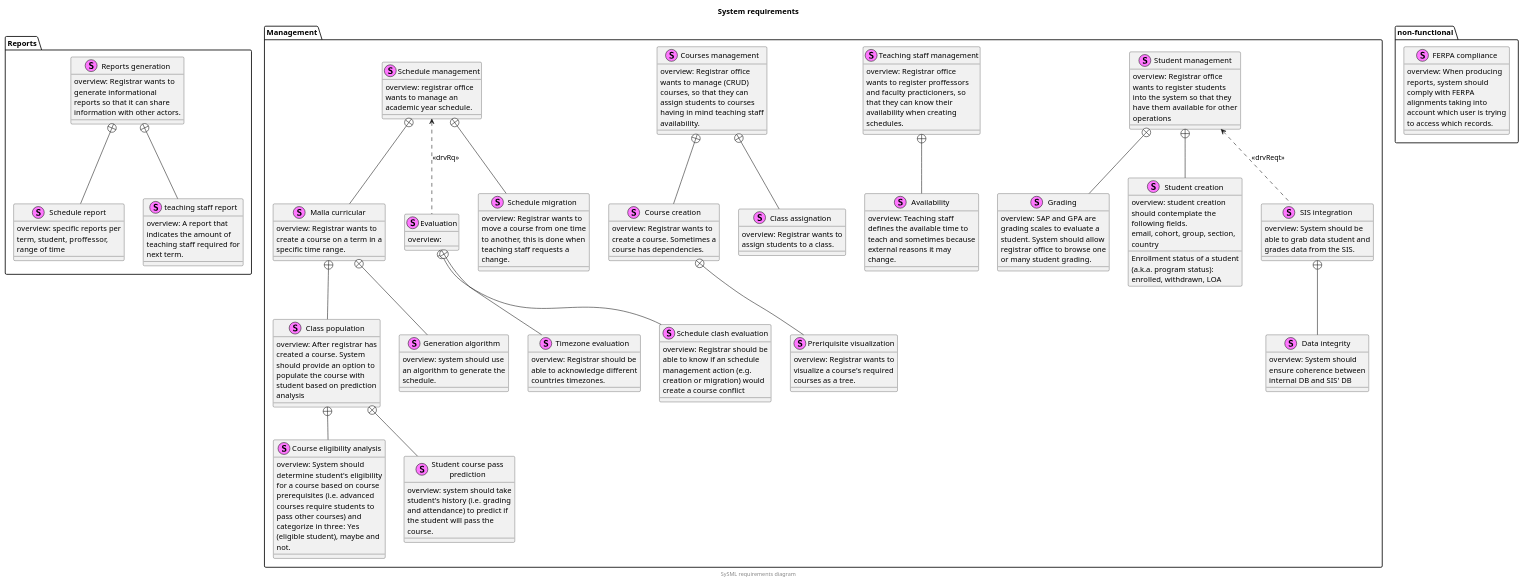
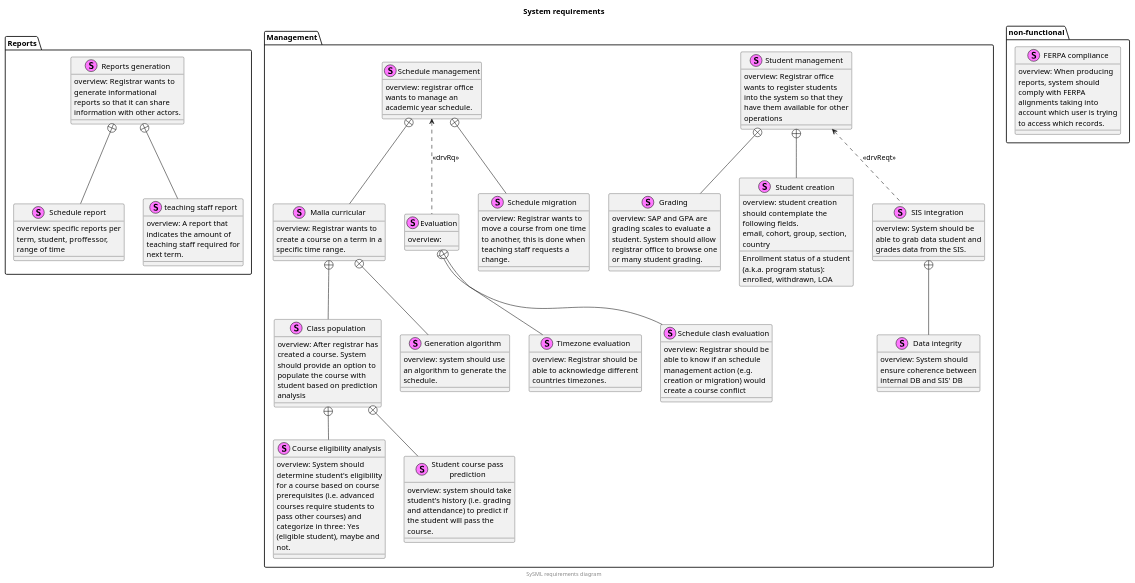
The diagram in resources/requirements-diagram/package.puml (zrock-dev-backup/kawsay), drawn with PlantUML before and after one commit. The commit also changed 1 other file, not shown here.

Commit message:
chore(requirements-diagram): split requiements

```diff
--- a/resources/requirements-diagram/package.puml
+++ b/resources/requirements-diagram/package.puml
@@ -1,128 +1,105 @@
 @startuml
 skinparam wrapwidth 200
 skinparam defaultFontName Helvetica
 
 skinparam class {
     BackgroundColor<<Requirement>> Beige
 }
 
 title System requirements
 footer SySML requirements diagram
 
 package "Reports" {
     ' OUTPUT
     stereotype "Schedule report" AS report_sch{
         {field} overview: specific reports per term, student, proffessor, range of time
     }
     stereotype "teaching staff report" AS report_t{
         {field} overview: A report that indicates the amount of teaching staff required for next term.
     }
     stereotype "Reports generation" AS report{
         {field} overview: Registrar wants to generate informational reports so that it can share information with other actors.
     }
     report +-- report_t
     report +-- report_sch
 }
 
 package "Management" {
     stereotype "Grading" AS grading{
         {field} overview: SAP and GPA are grading scales to evaluate a student. System should allow registrar office to browse one or many student grading.
     }
     stereotype "Student creation" aS stu_c{
         {field} overview: student creation should contemplate the following fields.
         Enrollment status of a student (a.k.a. program status): enrolled, withdrawn, LOA
         email, cohort, group, section, country
     }
     stereotype "Data integrity" AS sis_integrity {
         {field} overview: System should ensure coherence between internal DB and SIS' DB
     }
     stereotype "SIS integration" as sis {
         {field} overview: System should be able to grab data student and grades data from the SIS.
     }
     sis +-- sis_integrity
     stereotype "Student management" AS stu_mgmt{
     ' CRUD operations with students.
         {field} overview: Registrar office wants to register students into the system so that they have them available for other operations
     }
     stu_mgmt +-- grading
     stu_mgmt <.. sis: <<drvReqt>>
     stu_mgmt +-- stu_c
 
-    stereotype "Availability" AS teach_availability {
-        {field} overview: Teaching staff defines the available time to teach and sometimes because external reasons it may change.
-    }
-    stereotype "Teaching staff management" AS teach_mgmt {
-        {field} overview: Registrar office wants to register proffessors and faculty practicioners, so that they can know their availability when creating schedules.
-    }
-    teach_mgmt +-- teach_availability
-
-    stereotype "Preriquisite visualization" AS visual {
-        {field} overview: Registrar wants to visualize a course's required courses as a tree.
-    }
-    stereotype "Course creation" AS course_creation {
-        {field} overview: Registrar wants to create a course. Sometimes a course has dependencies.
-    }
-    course_creation +-- visual
-    stereotype "Class assignation" AS class_asign {
-        {field} overview: Registrar wants to assign students to a class.
-    }
-    stereotype "Courses management" AS courses_mgmt{
-        {field} overview: Registrar office wants to manage (CRUD) courses, so that they can assign students to courses having in mind teaching staff availability.
-    }
-    courses_mgmt +-- course_creation
-    courses_mgmt +-- class_asign
 }
 package "Management" {
     stereotype "Course eligibility analysis" AS eligibility {
         {field} overview: System should determine student's eligibility for a course based on course prerequisites (i.e. advanced courses require students to pass other courses) and categorize in three: Yes (eligible student), maybe and not.
     }
     stereotype "Student course pass prediction" AS prediction {
         {field} overview: system should take student's history (i.e. grading and attendance) to predict if the student will pass the course.
     }
     stereotype "Class population" AS population {
         {field} overview: After registrar has created a course. System should provide an option to populate the course with student based on prediction analysis
     }
     population +-- prediction
     population +-- eligibility
 
     stereotype "Generation algorithm" AS sch_gen {
         {field} overview: system should use an algorithm to generate the schedule.
     }
 
     stereotype "Malla curricular" AS sch_creation {
         {field} overview: Registrar wants to create a course on a term in a specific time range.
     }
     sch_creation +-- population
     sch_creation +-- sch_gen
 
     stereotype "Timezone evaluation" AS timezone {
         {field} overview: Registrar should be able to acknowledge different countries timezones.
     }
     stereotype "Schedule clash evaluation" AS clash {
         {field} overview: Registrar should be able to know if an schedule management action (e.g. creation or migration) would create a course conflict
     }
     stereotype "Evaluation" AS eval {
         {field} overview:
     }
     eval +-- clash
     eval +-- timezone
 
     stereotype "Schedule migration" AS sch_migration {
         {field} overview: Registrar wants to move a course from one time to another, this is done when teaching staff requests a change.
     }
     stereotype "Schedule management" AS sch_mgmt{
         {field} overview: registrar office wants to manage an academic year schedule.
     }
     sch_mgmt <.. eval: <<drvRq>>
     sch_mgmt +-- sch_creation
     sch_mgmt +-- sch_migration
 }
 
 package "non-functional" {
     stereotype "FERPA compliance" {
         {field} overview: When producing reports, system should comply with FERPA alignments taking into account which user is trying to access which records.
     }
 }
 
 
 @enduml
```
